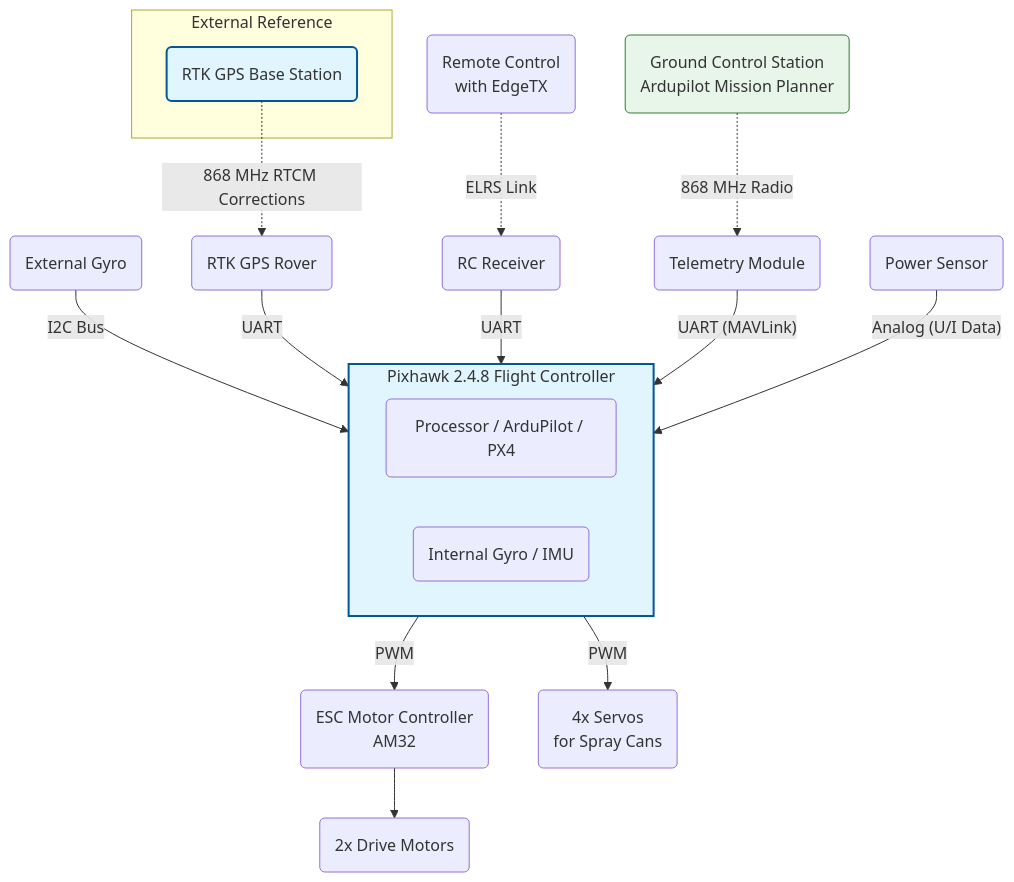
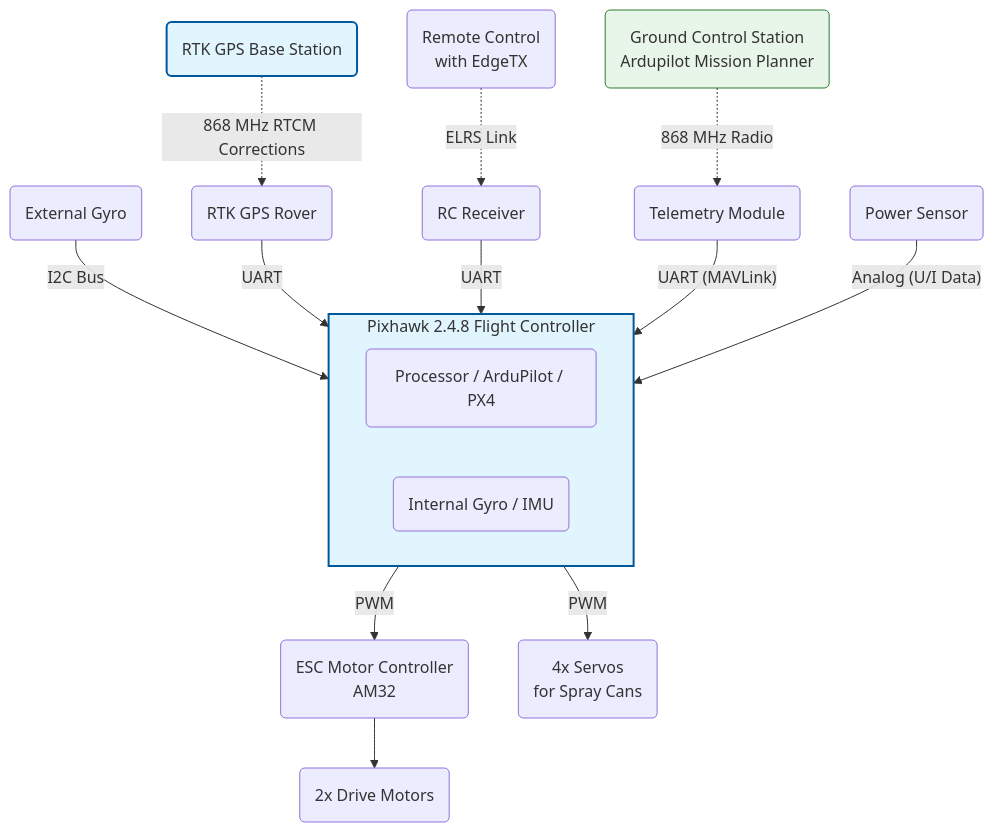
Before and after one commit to vBJohannes/RoadMarkerBot: the first of 4 diagrams in README.md, drawn with Mermaid.

````diff
--- a/README.md
+++ b/README.md
@@ -15,39 +15,37 @@
 ```mermaid
 graph TD
     %% Central Unit
     subgraph PIXHAWK [Pixhawk 2.4.8 Flight Controller]
         CPU(Processor / ArduPilot / PX4)
         IMU_INT(Internal Gyro / IMU)
     end
 
     %% Sensors & Inputs
     IMU_EXT(External Gyro) -- "I2C Bus" --> PIXHAWK
     GPS_ROVER(RTK GPS Rover) -- "UART" --> PIXHAWK
     RC_REC(RC Receiver) -- "UART" --> PIXHAWK
     TELE(Telemetry Module) -- "UART (MAVLink)" --> PIXHAWK
     
     %% Power Monitoring (New)
     PWR_SENS(Power Sensor) -- "Analog (U/I Data)" --> PIXHAWK
 
     %% Wireless Links
     GCS(Ground Control Station<br>Ardupilot Mission Planner) -. "868 MHz Radio" .-> TELE
     Remote(Remote Control<br>with EdgeTX) -. "ELRS Link" .-> RC_REC
-    
-    subgraph RTK_Base_System [External Reference]
-        GPS_BASE(RTK GPS Base Station)
-    end
-    GPS_BASE -. "868 MHz RTCM Corrections" .-> GPS_ROVER
+
+    %% GPS RTK
+    GPS_BASE(RTK GPS Base Station) -. "868 MHz RTCM Corrections" .-> GPS_ROVER
 
     %% Actuators (Outputs)
     PIXHAWK -- "PWM" --> ESC(ESC Motor Controller<br>AM32)
     ESC --> MOT(2x Drive Motors)
     
     PIXHAWK -- "PWM" --> SER(4x Servos<br>for Spray Cans)
 
     %% Styling
     classDef system fill:#e1f5fe,stroke:#01579b,stroke-width:2px;
     classDef software fill:#e8f5e9,stroke:#2e7d32;
     classDef external fill:#fff9c4,stroke:#fbc02d;
     class PIXHAWK,GPS_BASE system;
     class GCS software;
 ```
````
